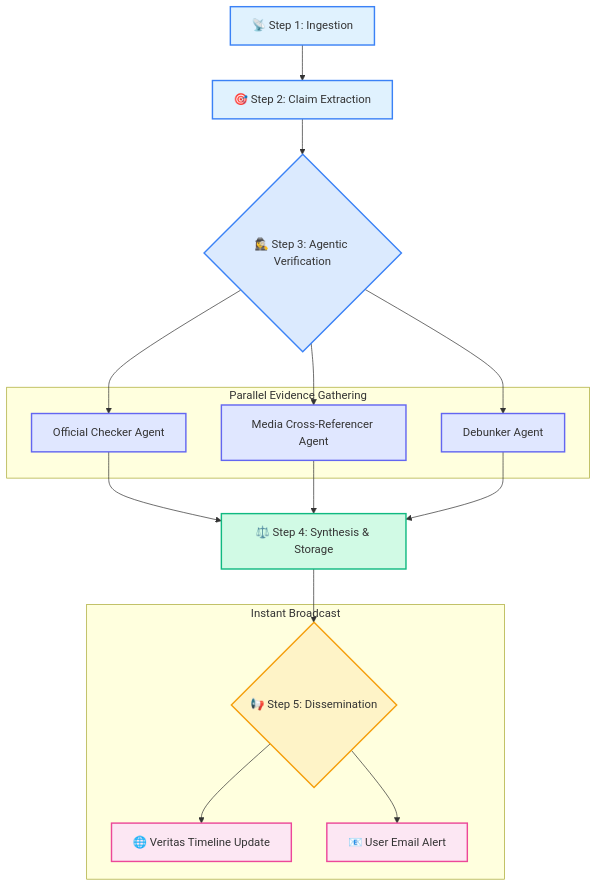
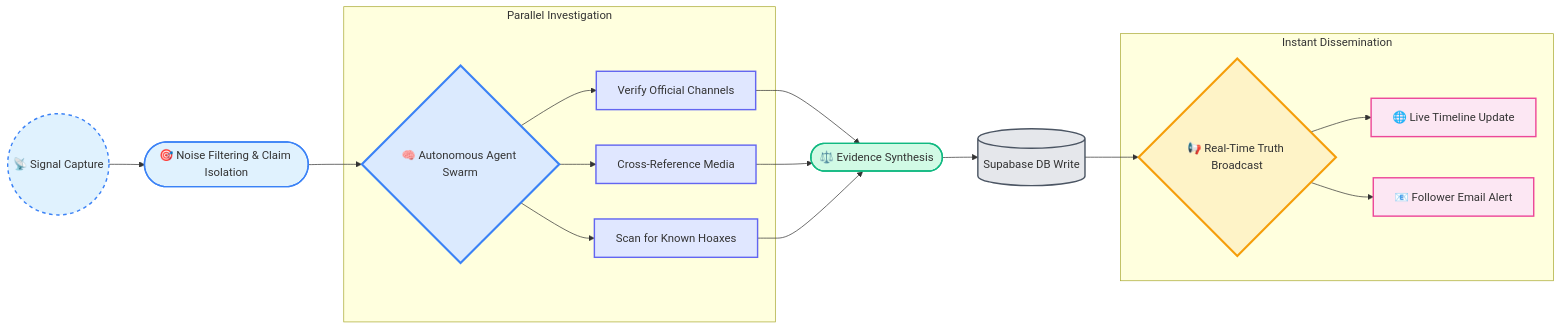
Before and after one commit to DextroByt/SentinelAI: the diagram in README.md, drawn with Mermaid.

Commit message:
Update flowchart in README with new steps

````diff
--- a/README.md
+++ b/README.md
@@ -3,30 +3,36 @@
 ```mermaid
-graph TD
-    A[📡 Step 1: Ingestion] --> B[🎯 Step 2: Claim Extraction];
-    B --> C{🕵️‍♀️ Step 3: Agentic Verification};
-    C --> D[Official Checker Agent];
-    C --> E[Media Cross-Referencer Agent];
-    C --> F[Debunker Agent];
-    subgraph Parallel Evidence Gathering
-        D; E; F;
+graph LR
+    A((📡 Signal Capture)) --> B([🎯 Noise Filtering & Claim Isolation]);
+    B --> C{🧠 Autonomous Agent Swarm};
+
+    subgraph "Parallel Investigation"
+        C --> D[Verify Official Channels];
+        C --> E[Cross-Reference Media];
+        C --> F[Scan for Known Hoaxes];
     end
-    D --> G[⚖️ Step 4: Synthesis & Storage];
+
+    D --> G([⚖️ Evidence Synthesis]);
     E --> G;
     F --> G;
-    G --> H{📢 Step 5: Dissemination};
-    subgraph Instant Broadcast
-        H --> I[🌐 Veritas Timeline Update];
-        H --> J[📧 User Email Alert];
+
+    G --> DB[(Supabase DB Write)];
+    DB --> H{📢 Real-Time Truth Broadcast};
+
+    subgraph "Instant Dissemination"
+        H --> I[🌐 Live Timeline Update];
+        H --> J[📧 Follower Email Alert];
     end
 
-    style A fill:#e0f2fe,stroke:#3b82f6,stroke-width:2px
+    %% Styling
+    style A fill:#e0f2fe,stroke:#3b82f6,stroke-width:2px,stroke-dasharray: 5 5
     style B fill:#e0f2fe,stroke:#3b82f6,stroke-width:2px
-    style C fill:#dbeafe,stroke:#3b82f6,stroke-width:2px
+    style C fill:#dbeafe,stroke:#3b82f6,stroke-width:3px
     style D fill:#e0e7ff,stroke:#6366f1,stroke-width:2px
     style E fill:#e0e7ff,stroke:#6366f1,stroke-width:2px
     style F fill:#e0e7ff,stroke:#6366f1,stroke-width:2px
     style G fill:#d1fae5,stroke:#10b981,stroke-width:2px
-    style H fill:#fef3c7,stroke:#f59e0b,stroke-width:2px
+    style DB fill:#e5e7eb,stroke:#4b5563,stroke-width:2px
+    style H fill:#fef3c7,stroke:#f59e0b,stroke-width:3px
     style I fill:#fce7f3,stroke:#ec4899,stroke-width:2px
     style J fill:#fce7f3,stroke:#ec4899,stroke-width:2px
 ```
````
